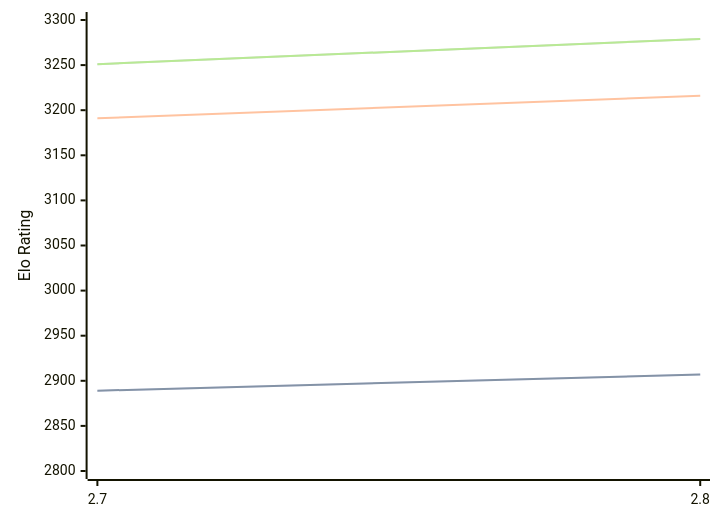
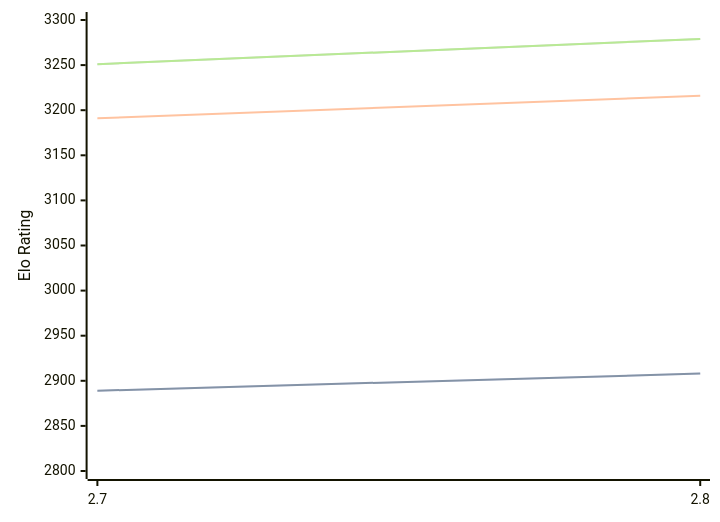
The diagram in engines/Arcanum.md (computer-chess-index/cci), drawn with Mermaid before and after one commit. The commit also changed other lines of this file, not shown here.

````diff
--- a/engines/Arcanum.md
+++ b/engines/Arcanum.md
@@ -44,11 +44,11 @@
 ```mermaid
 %%{init: {"theme":"base","themeVariables":{"seriesColors:['#a3a3a3','#222221','#faa371']}}}%%
 xychart-beta
   x-axis ["2.7", "2.8"]
   y-axis "Elo Rating" 2800 --> 3300
-  line "STC (8.0+0.08s)" [2889, 2907]
-  line "STC (8.0+0.08s)" [2889, 2907]
+  line "STC (8.0+0.08s)" [2889, 2908]
+  line "STC (8.0+0.08s)" [2889, 2908]
   line "LTC (60.0+0.60s)" [3191, 3216]
   line "VLTC (2m24s+1.12s)" [3251, 3279]
   line "VLTC (2m24s+1.12s)" [3251, 3279]
 ```
````
